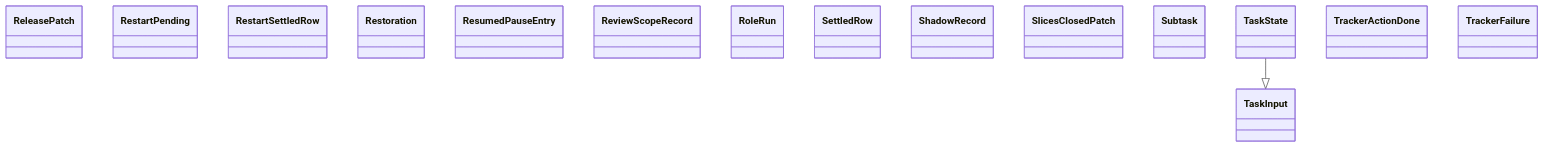
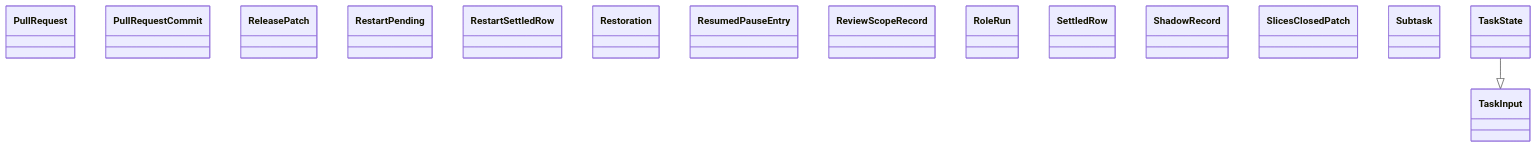
The diagram in docs/architecture/generated/classes-process-domain-state-7.md (GonzaloZevallos/agentic-system), drawn with Mermaid before and after one commit. The commit also changed other lines of this file and 26 other files, not shown here.

````diff
--- a/docs/architecture/generated/classes-process-domain-state-7.md
+++ b/docs/architecture/generated/classes-process-domain-state-7.md
@@ -28,19 +28,19 @@
 ```mermaid
 classDiagram
+    class task__PullRequest["PullRequest"]
+    class task__PullRequestCommit["PullRequestCommit"]
     class task__ReleasePatch["ReleasePatch"]
     class task__RestartPending["RestartPending"]
     class task__RestartSettledRow["RestartSettledRow"]
     class task__Restoration["Restoration"]
     class task__ResumedPauseEntry["ResumedPauseEntry"]
     class task__ReviewScopeRecord["ReviewScopeRecord"]
     class task__RoleRun["RoleRun"]
     class task__SettledRow["SettledRow"]
     class task__ShadowRecord["ShadowRecord"]
     class task__SlicesClosedPatch["SlicesClosedPatch"]
     class task__Subtask["Subtask"]
     class task__TaskInput["TaskInput"]
     class task__TaskState["TaskState"]
-    class task__TrackerActionDone["TrackerActionDone"]
-    class task__TrackerFailure["TrackerFailure"]
     task__TaskState --|> task__TaskInput
 ```
````
